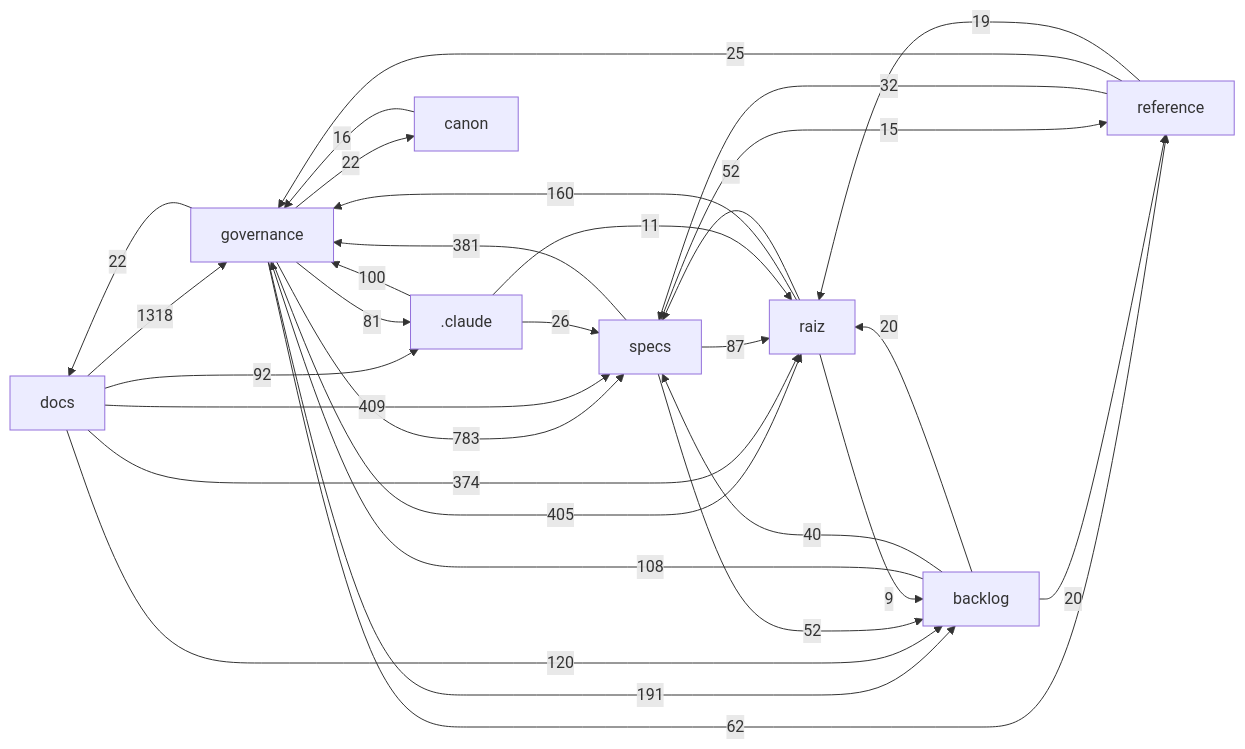
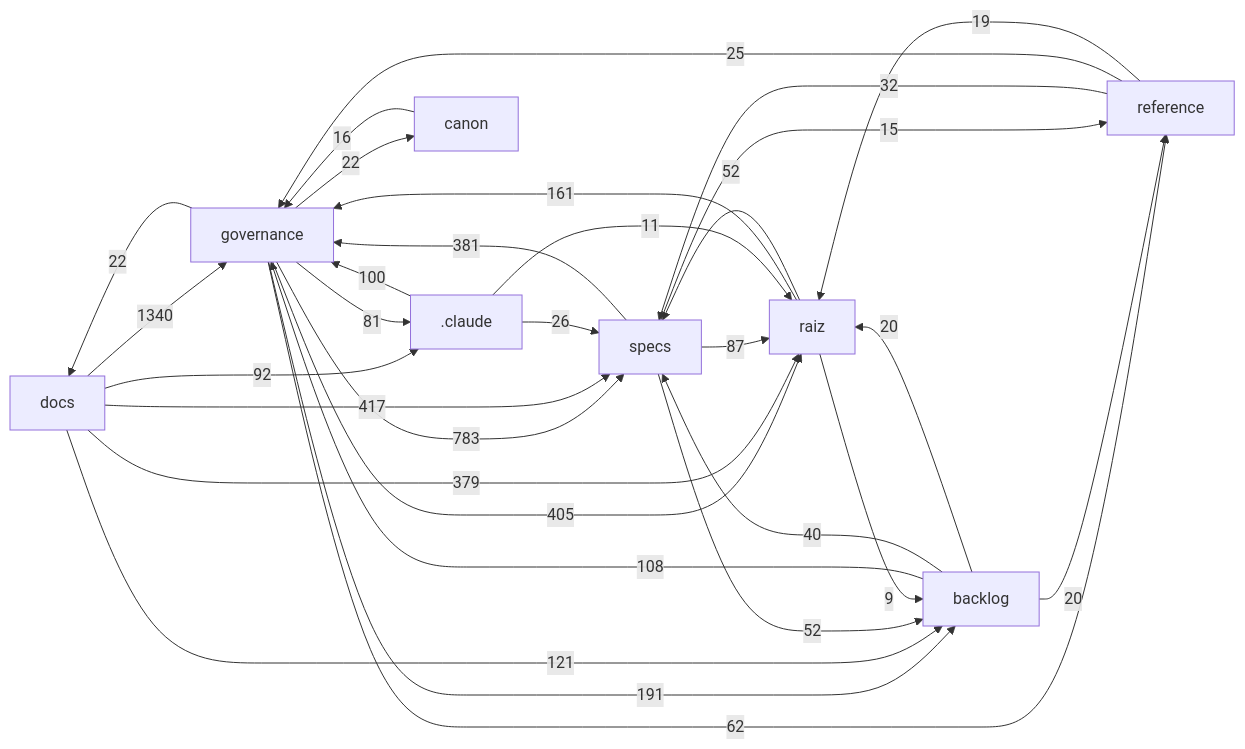
Before and after one commit to Andraus35/Sistema-Operacional-de-Trading--SOT: the diagram in docs/mapa/MAPA-PROJETO.md, drawn with Mermaid. The commit also changed other lines of this file and 3 other files, not shown here.

````diff
--- a/docs/mapa/MAPA-PROJETO.md
+++ b/docs/mapa/MAPA-PROJETO.md
@@ -29,33 +29,33 @@
 ```mermaid
 flowchart LR
-  docs["docs"] -->|1318| governance["governance"]
+  docs["docs"] -->|1340| governance["governance"]
   governance["governance"] -->|783| specs["specs"]
-  docs["docs"] -->|409| specs["specs"]
+  docs["docs"] -->|417| specs["specs"]
   governance["governance"] -->|405| raiz["raiz"]
   specs["specs"] -->|381| governance["governance"]
-  docs["docs"] -->|374| raiz["raiz"]
+  docs["docs"] -->|379| raiz["raiz"]
   governance["governance"] -->|191| backlog["backlog"]
-  raiz["raiz"] -->|160| governance["governance"]
-  docs["docs"] -->|120| backlog["backlog"]
+  raiz["raiz"] -->|161| governance["governance"]
+  docs["docs"] -->|121| backlog["backlog"]
   backlog["backlog"] -->|108| governance["governance"]
   _claude[".claude"] -->|100| governance["governance"]
   docs["docs"] -->|92| _claude[".claude"]
   specs["specs"] -->|87| raiz["raiz"]
   governance["governance"] -->|81| _claude[".claude"]
   governance["governance"] -->|62| reference["reference"]
   raiz["raiz"] -->|52| specs["specs"]
   specs["specs"] -->|52| backlog["backlog"]
   backlog["backlog"] -->|40| specs["specs"]
   reference["reference"] -->|32| specs["specs"]
   _claude[".claude"] -->|26| specs["specs"]
   reference["reference"] -->|25| governance["governance"]
   governance["governance"] -->|22| docs["docs"]
   governance["governance"] -->|22| canon["canon"]
   backlog["backlog"] -->|20| raiz["raiz"]
   backlog["backlog"] -->|20| reference["reference"]
   reference["reference"] -->|19| raiz["raiz"]
   canon["canon"] -->|16| governance["governance"]
   specs["specs"] -->|15| reference["reference"]
   _claude[".claude"] -->|11| raiz["raiz"]
   raiz["raiz"] -->|9| backlog["backlog"]
 ```
````
